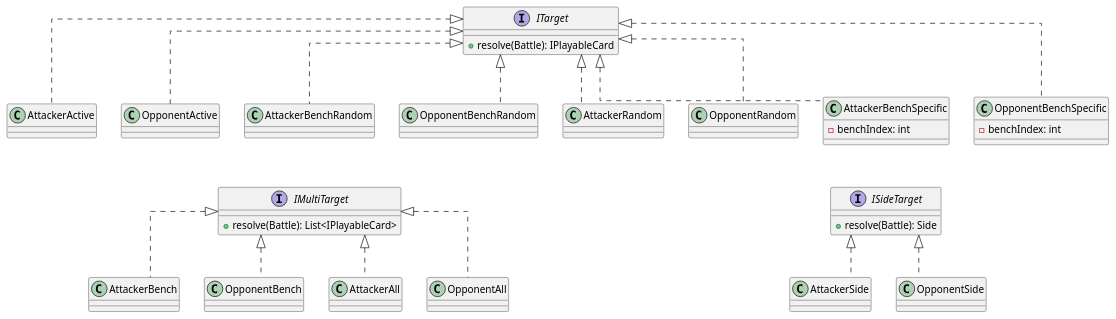
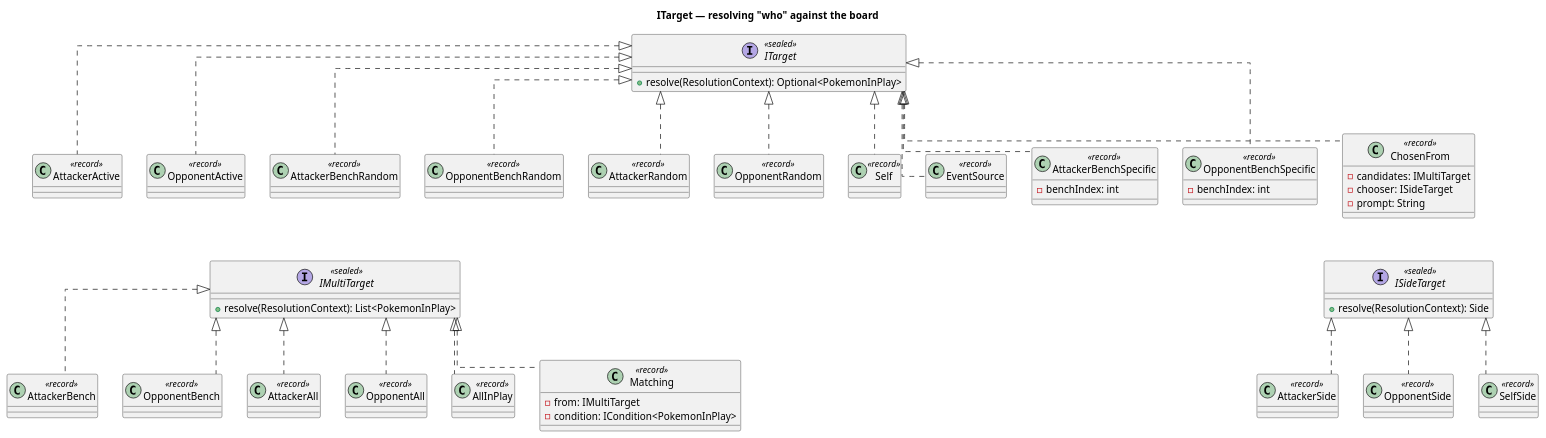
The diagram in docs/UML/ITarget.puml (Richie-Moon/TCGPocketBattler), drawn with PlantUML before and after one commit. The commit also changed 39 other files, not shown here.

Commit message:
feat(docs): Refined UML docs

```diff
--- a/docs/UML/ITarget.puml
+++ b/docs/UML/ITarget.puml
@@ -1,41 +1,85 @@
 @startuml
+title ITarget — resolving "who" against the board
+
 skinparam linetype ortho
 
-interface ITarget {
-    + resolve(Battle): IPlayableCard
+interface ITarget <<sealed>> {
+    + resolve(ResolutionContext): Optional<PokemonInPlay>
 }
 
-class AttackerActive implements ITarget {}
-class OpponentActive implements ITarget {}
-class AttackerBenchRandom implements ITarget {}
-class OpponentBenchRandom implements ITarget {}
-class AttackerRandom implements ITarget {}
-class OpponentRandom implements ITarget {}
-class AttackerBenchSpecific implements ITarget {
+/'
+  Optional, because a target can legitimately fail to resolve — an empty bench,
+  a knocked-out active. An IEffect whose target does not resolve returns
+  EffectOutcome.FAILED, which is what makes "If you do, ..." chains work.
+  See IAttempt.puml.
+'/
+
+/' --- turn-relative --- '/
+class AttackerActive <<record>> implements ITarget {}
+class OpponentActive <<record>> implements ITarget {}
+class AttackerBenchRandom <<record>> implements ITarget {}
+class OpponentBenchRandom <<record>> implements ITarget {}
+class AttackerRandom <<record>> implements ITarget {}
+class OpponentRandom <<record>> implements ITarget {}
+
+/' --- source-relative --- '/
+/' The card whose text is resolving. Without this, a Tool's trigger could not
+   say "the Pokemon I am attached to": every other target is relative to whose
+   turn it is, which is not the same thing once triggers exist. '/
+class Self <<record>> implements ITarget {}
+
+/' Only while a trigger is resolving; reads ResolutionContext.event.
+   Lets a card retaliate against whatever just hit it. '/
+class EventSource <<record>> implements ITarget {}
+
+/' --- index-addressed: the caller already knows which one --- '/
+class AttackerBenchSpecific <<record>> implements ITarget {
     - benchIndex: int
 }
-class OpponentBenchSpecific implements ITarget {
+class OpponentBenchSpecific <<record>> implements ITarget {
     - benchIndex: int
 }
 
-/' Formatting, these are not actually linked '/ 
-AttackerBenchRandom -[hidden]- IMultiTarget
-AttackerBenchSpecific -[hidden]- ISideTarget
-
-interface IMultiTarget {
-    + resolve(Battle): List<IPlayableCard>
+/' --- agent-addressed: asked at resolution time --- '/
+/' "Choose 1 of your opponent's Benched Pokemon" is a decision made when the
+   attack resolves, not when the card is built. These delegate to
+   IPlayer.choose. See IPlayer.puml. '/
+class ChosenFrom <<record>> implements ITarget {
+    - candidates: IMultiTarget
+    /' Which player picks — not always the controller. '/
+    - chooser: ISideTarget
+    - prompt: String
 }
 
-class AttackerBench implements IMultiTarget {}
-class OpponentBench implements IMultiTarget {}
-class AttackerAll implements IMultiTarget {}
-class OpponentAll implements IMultiTarget {}
+/' Formatting only, these are not real relationships. '/
+AttackerBenchRandom -[hidden]- IMultiTarget
+ChosenFrom -[hidden]- ISideTarget
 
-interface ISideTarget {
-    + resolve(Battle): Side
+interface IMultiTarget <<sealed>> {
+    + resolve(ResolutionContext): List<PokemonInPlay>
 }
 
-class AttackerSide implements ISideTarget {}
-class OpponentSide implements ISideTarget {}
+class AttackerBench <<record>> implements IMultiTarget {}
+class OpponentBench <<record>> implements IMultiTarget {}
+class AttackerAll <<record>> implements IMultiTarget {}
+class OpponentAll <<record>> implements IMultiTarget {}
+class AllInPlay <<record>> implements IMultiTarget {}
+
+/' Narrows a group before choosing or hitting it, e.g. "each of your
+   Lightning Pokemon". Reuses the card conditions from ICondition.puml. '/
+class Matching <<record>> implements IMultiTarget {
+    - from: IMultiTarget
+    - condition: ICondition<PokemonInPlay>
+}
+
+interface ISideTarget <<sealed>> {
+    + resolve(ResolutionContext): Side
+}
+
+class AttackerSide <<record>> implements ISideTarget {}
+class OpponentSide <<record>> implements ISideTarget {}
+/' The side controlling the resolving card — differs from AttackerSide when a
+   trigger fires on the defender's card during the attacker's turn. '/
+class SelfSide <<record>> implements ISideTarget {}
 
 @enduml
```
